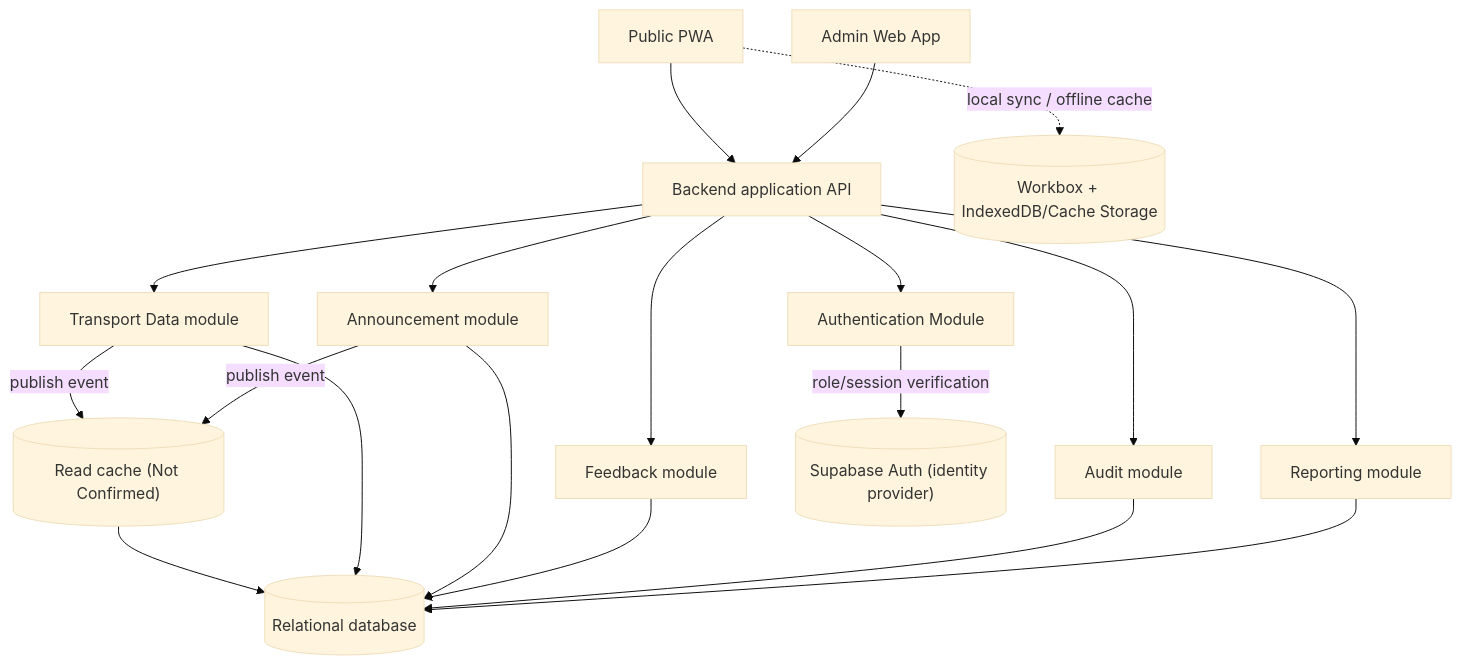
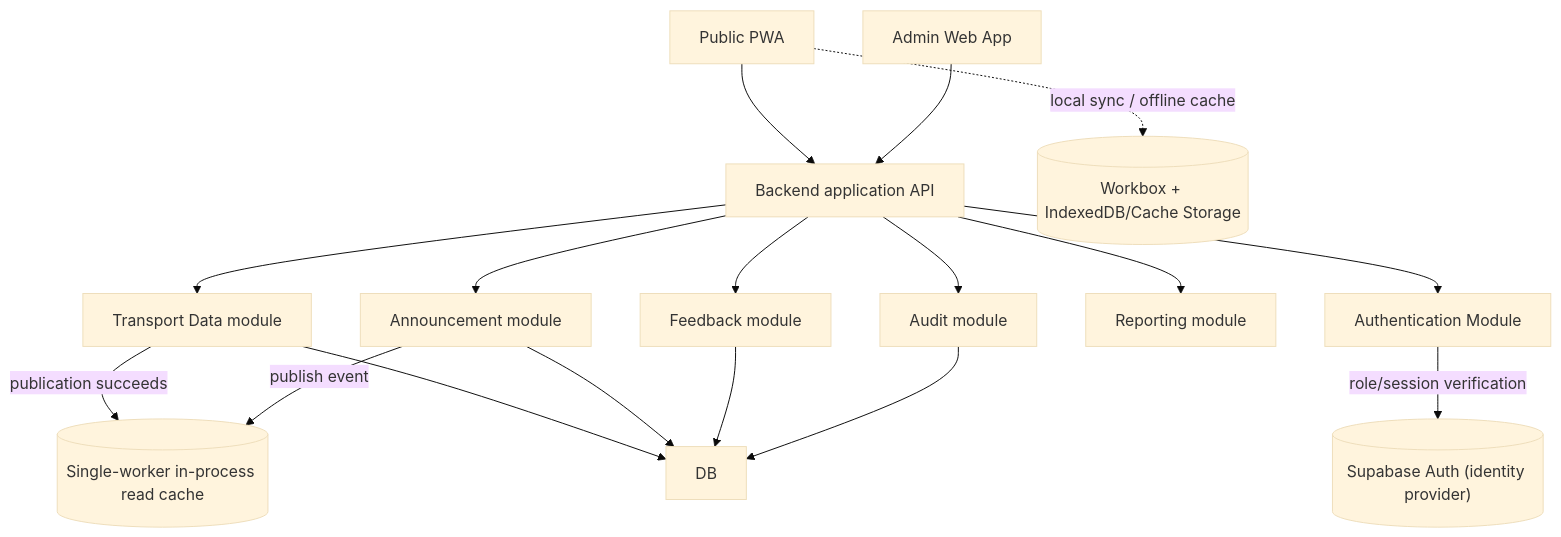
Before and after one commit to DaniyalZaki/TransportManagementSystem: the diagram in architecture.md, drawn with Mermaid (base theme). The commit also changed other lines of this file and 31 other files, not shown here.

````diff
--- a/architecture.md
+++ b/architecture.md
@@ -47,21 +47,19 @@
 ```mermaid
 flowchart TD
     PUI[Public PWA] --> API[Backend application API]
     AUI[Admin Web App] --> API
     API --> TD[Transport Data module]
     API --> ANN[Announcement module]
     API --> FB[Feedback module]
     API --> AUD[Audit module]
     API --> REP[Reporting module]
     API --> AUTH[Authentication Module]
-    TD -->|publish event| CACHE[("Read cache (Not Confirmed)")]
+    TD -->|publication succeeds| CACHE[("Single-worker in-process read cache")]
     ANN -->|publish event| CACHE
-    CACHE --> DB[(Relational database)]
     TD --> DB
     ANN --> DB
     FB --> DB
     AUD --> DB
-    REP --> DB
     AUTH -->|role/session verification| IDP[("Supabase Auth (identity provider)")]
     PUI -.->|local sync / offline cache| LOCAL[("Workbox + IndexedDB/Cache Storage")]
 ```
````
